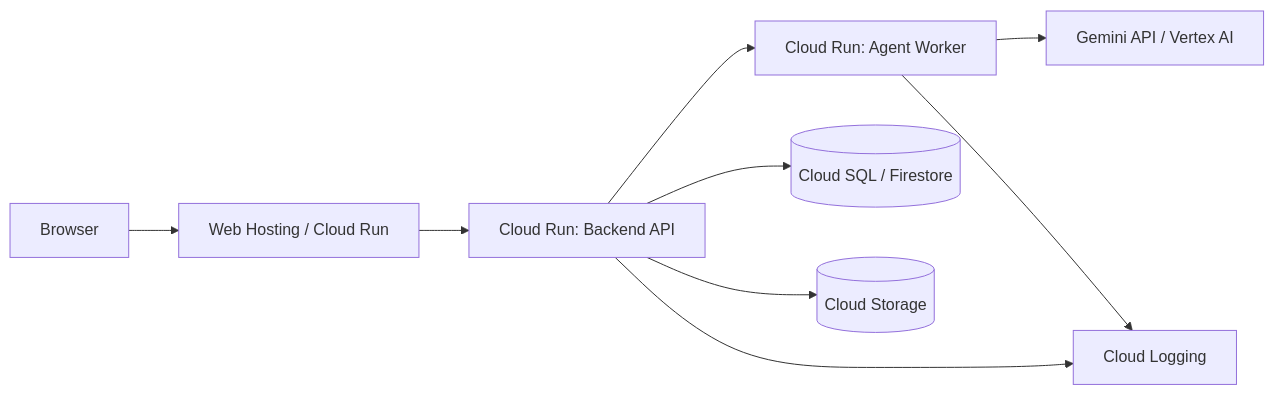
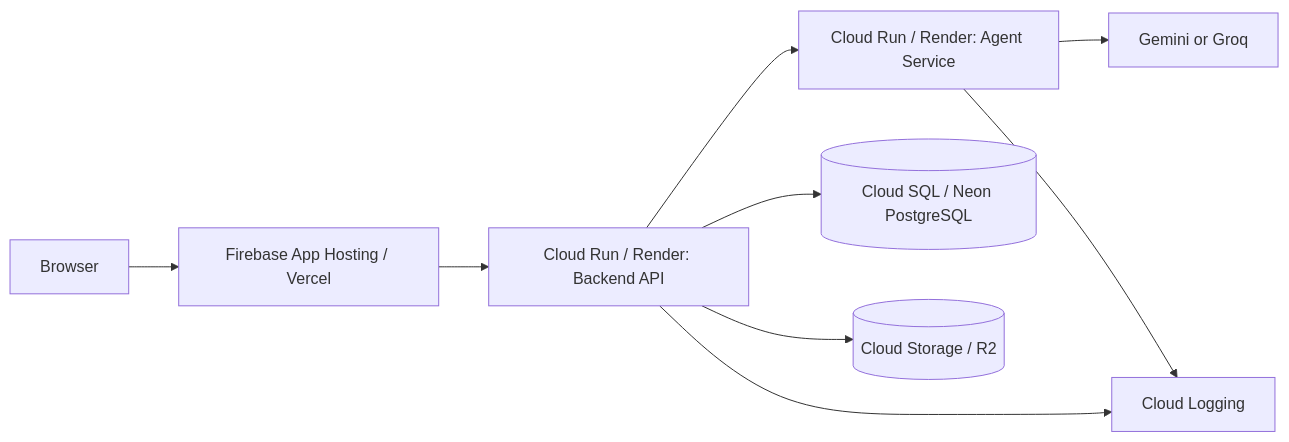
The fifth of 5 diagrams in docs/04-architecture/system-architecture.md (cmartinezs/grade-ops-ai), drawn with Mermaid before and after one commit. The commit also changed other lines of this file and 91 other files, not shown here.

````diff
--- a/docs/04-architecture/system-architecture.md
+++ b/docs/04-architecture/system-architecture.md
@@ -177,11 +206,11 @@
 ```mermaid
 flowchart LR
-    Browser[Browser] --> CDN[Web Hosting / Cloud Run]
-    CDN --> API[Cloud Run: Backend API]
-    API --> Agent[Cloud Run: Agent Worker]
-    API --> SQL[(Cloud SQL / Firestore)]
-    API --> GCS[(Cloud Storage)]
-    Agent --> Gemini[Gemini API / Vertex AI]
+    Browser[Browser] --> Web[Firebase App Hosting / Vercel]
+    Web --> API[Cloud Run / Render: Backend API]
+    API --> Agent[Cloud Run / Render: Agent Service]
+    API --> SQL[(Cloud SQL / Neon PostgreSQL)]
+    API --> GCS[(Cloud Storage / R2)]
+    Agent --> Provider[Gemini or Groq]
     API --> Logs[Cloud Logging]
     Agent --> Logs
 ```
````
